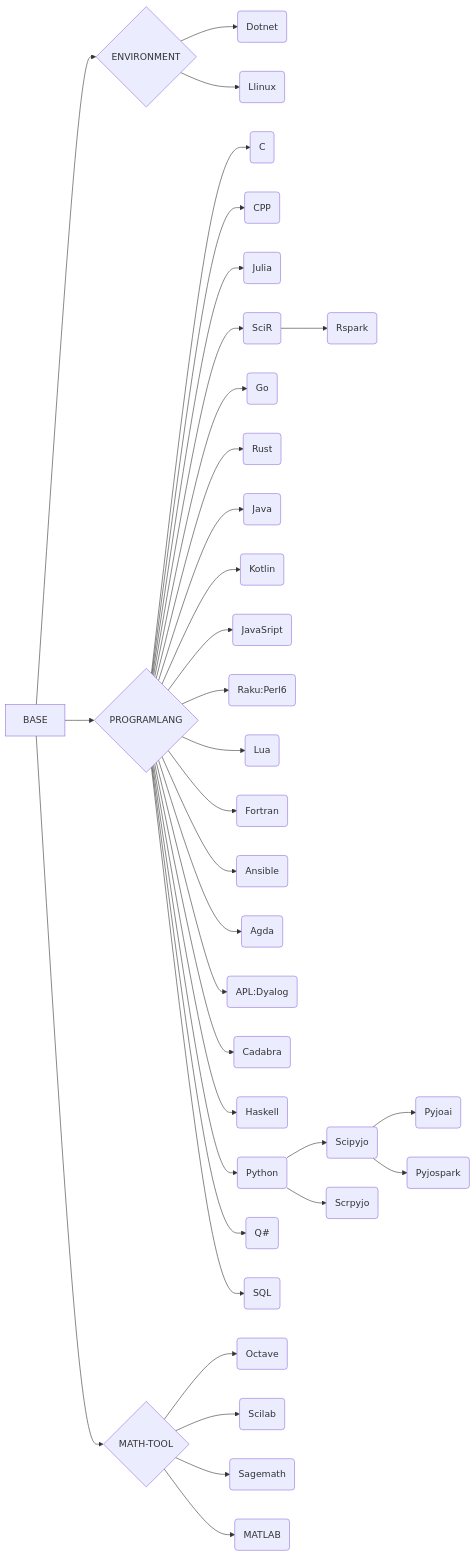
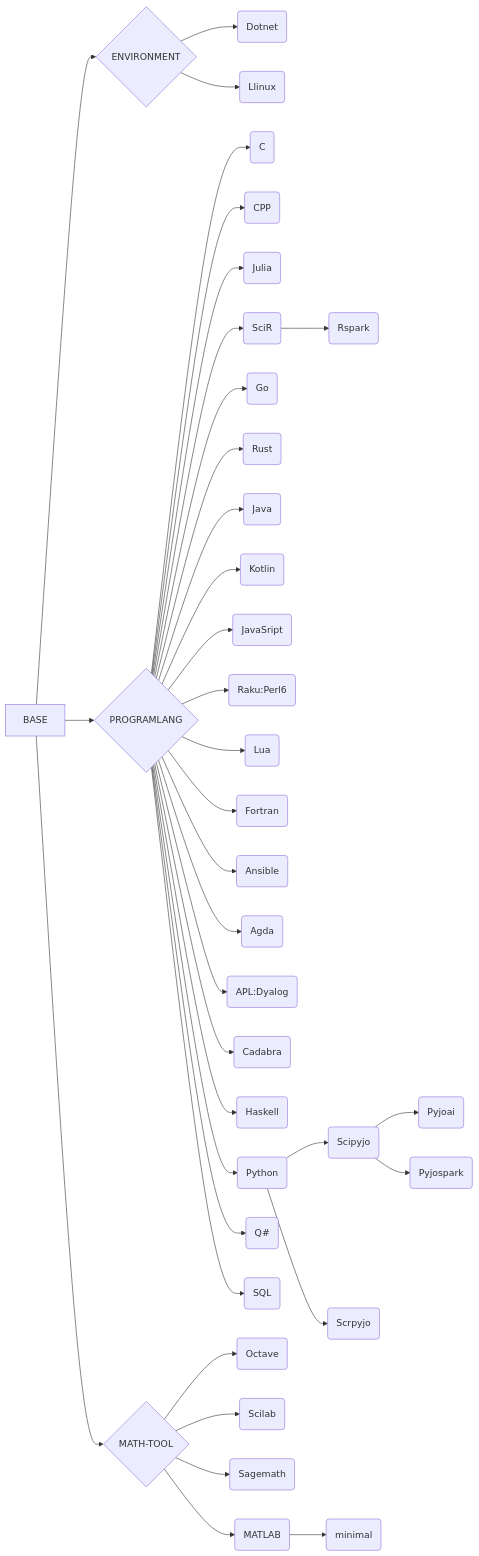
One commit to ben0i0d/jupyter-image-stacks changed the diagram in README.md. Above: the diagram before and after it, drawn with Mermaid. The commit also changed other lines of this file and 3 other files, not shown here.

````diff
--- a/README.md
+++ b/README.md
@@ -104,34 +104,34 @@
 ```mermaid
 graph LR
 BASE-->ENV{ENVIRONMENT}-->EA(Dotnet)
 ENV-->EB(Llinux)
 BASE-->PROGRAM{PROGRAMLANG}
 PROGRAM-->PA(C)
 PROGRAM-->PB(CPP)
 PROGRAM-->PC(Julia)
 PROGRAM-->PD(SciR)-->PDA(Rspark)
 PROGRAM-->PE(Go)
 PROGRAM-->PF(Rust)
 PROGRAM-->PG(Java)
 PROGRAM-->PH(Kotlin)
 PROGRAM-->PI(JavaSript)
 PROGRAM-->PJ(Raku:Perl6)
 PROGRAM-->PK(Lua)
 PROGRAM-->PL(Fortran)
 PROGRAM-->PM(Ansible)
 PROGRAM-->PN(Agda)
 PROGRAM-->PO(APL:Dyalog)
 PROGRAM-->PP(Cadabra)
 PROGRAM-->PQ(Haskell)
 PROGRAM-->PR(Python)
 PROGRAM-->PS(Q#)
 PROGRAM-->PT(SQL)
 PR-->PRA(Scipyjo)
 PR-->PRB(Scrpyjo)
 PRA-->PRAA(Pyjoai)  
 PRA-->PRAB(Pyjospark)  
 BASE-->MATH{MATH-TOOL}-->MA(Octave)
 MATH-->MB(Scilab)
 MATH-->MC(Sagemath)
-MATH-->MD(MATLAB)
+MATH-->MD(MATLAB)-->MDM(minimal)
 ```
````
